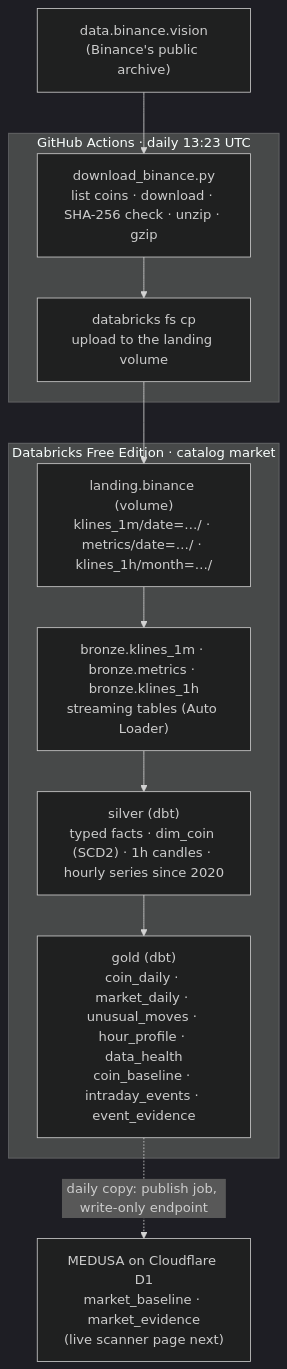
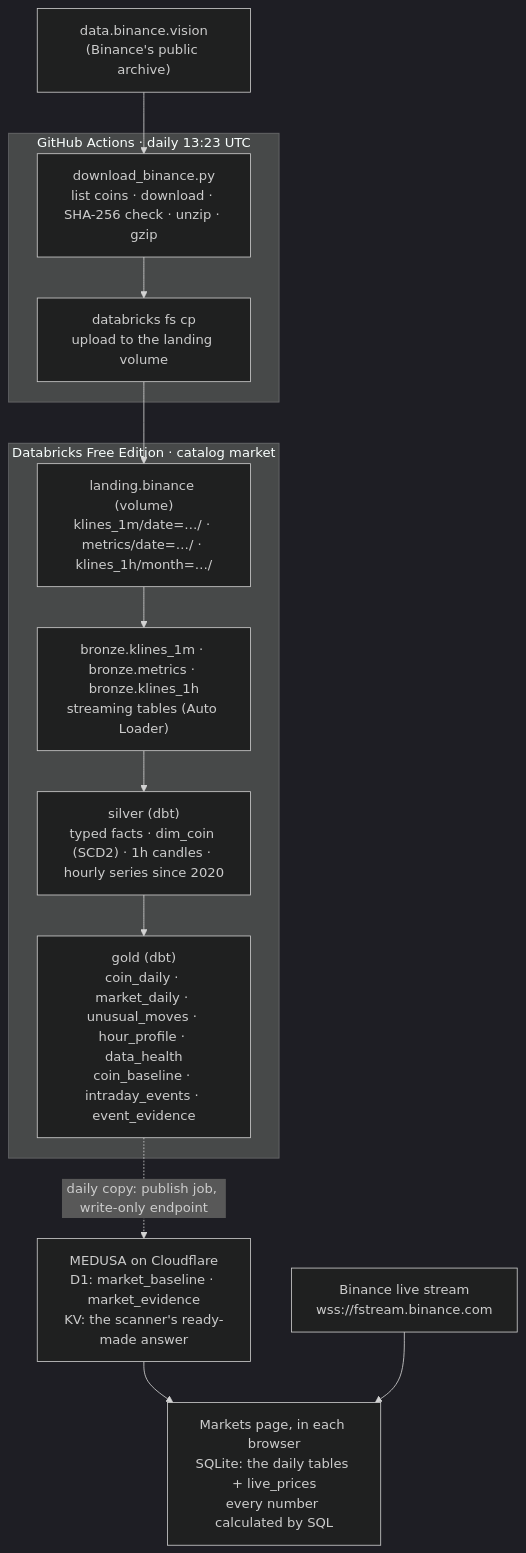
The diagram in lakehouse/docs/architecture.md (shivam65-sketch/medusa), drawn with Mermaid (dark theme) before and after one commit. The commit also changed other lines of this file and 21 other files, not shown here.

Commit message:
Markets: every number calculated by SQL in the browser; scanner answer kept ready-made in KV (step 26)

````diff
--- a/lakehouse/docs/architecture.md
+++ b/lakehouse/docs/architecture.md
@@ -13,18 +13,20 @@
 ```mermaid
 flowchart TB
   subgraph GH["GitHub Actions · daily 13:23 UTC"]
     D1["download_binance.py<br>list coins · download · SHA-256 check · unzip · gzip"]
     D2["databricks fs cp<br>upload to the landing volume"]
     D1 --> D2
   end
   BIN["data.binance.vision<br>(Binance's public archive)"] --> D1
   subgraph DBX["Databricks Free Edition · catalog market"]
     L["landing.binance (volume)<br>klines_1m/date=…/ · metrics/date=…/ · klines_1h/month=…/"]
     BR["bronze.klines_1m · bronze.metrics · bronze.klines_1h<br>streaming tables (Auto Loader)"]
     SI["silver (dbt)<br>typed facts · dim_coin (SCD2) · 1h candles · hourly series since 2020"]
     GO["gold (dbt)<br>coin_daily · market_daily · unusual_moves · hour_profile · data_health<br>coin_baseline · intraday_events · event_evidence"]
     L --> BR --> SI --> GO
   end
   D2 --> L
-  GO -.->|"daily copy: publish job, write-only endpoint"| CF["MEDUSA on Cloudflare D1<br>market_baseline · market_evidence<br>(live scanner page next)"]
+  GO -.->|"daily copy: publish job, write-only endpoint"| CF["MEDUSA on Cloudflare<br>D1: market_baseline · market_evidence<br>KV: the scanner's ready-made answer"]
+  CF --> MK["Markets page, in each browser<br>SQLite: the daily tables + live_prices<br>every number calculated by SQL"]
+  BWS["Binance live stream<br>wss://fstream.binance.com"] --> MK
 ```
````
